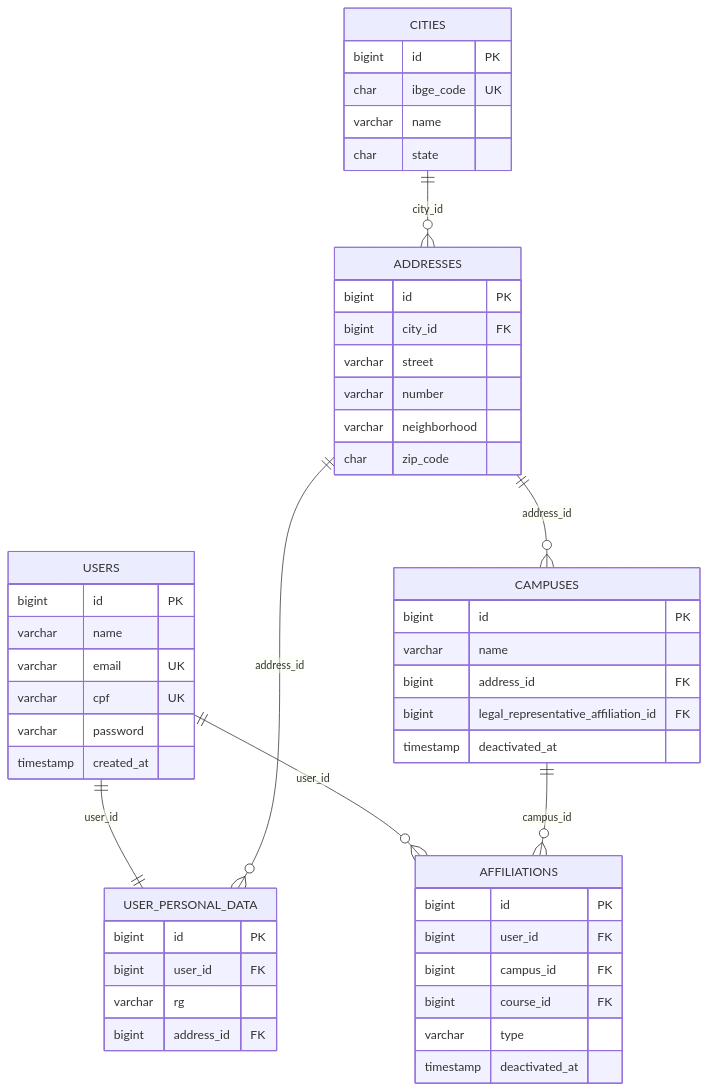
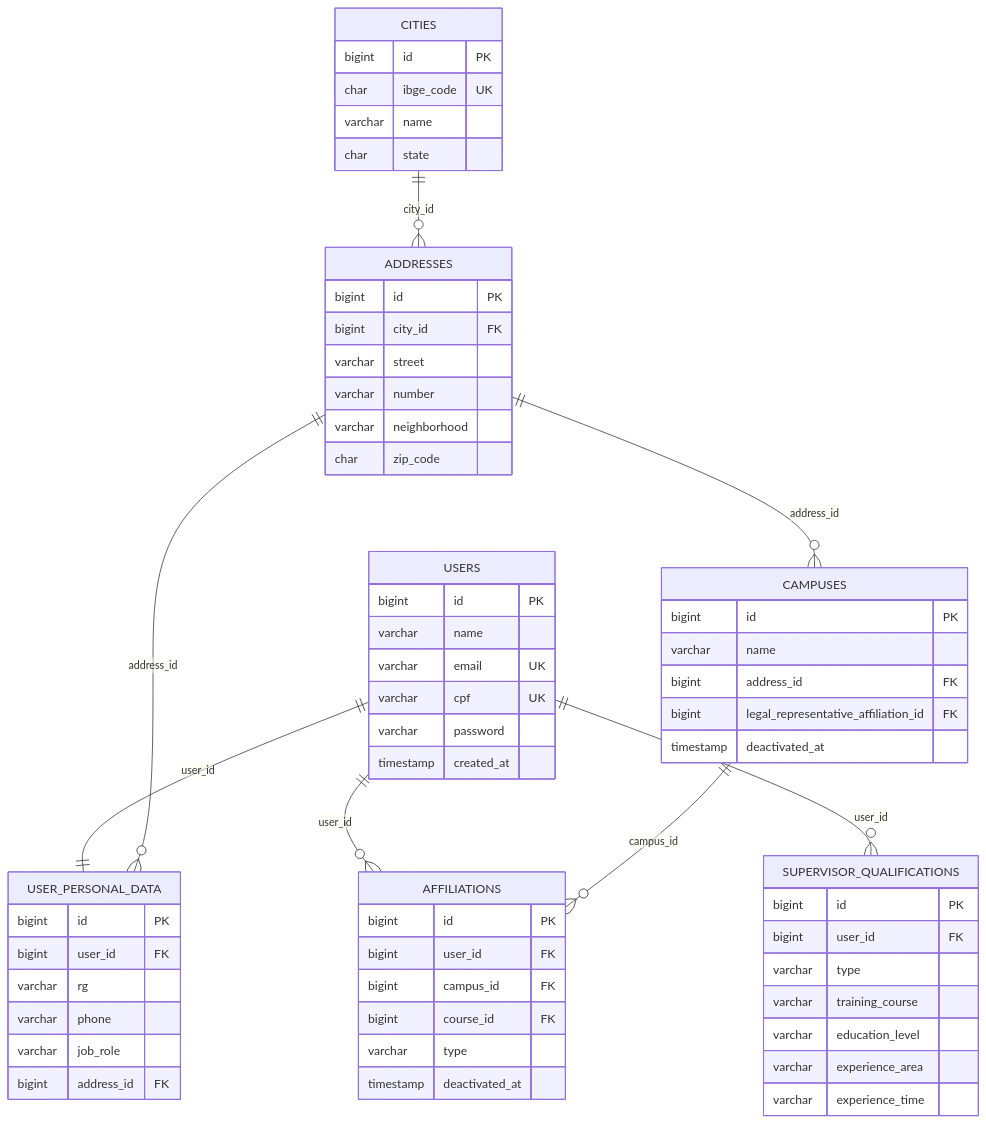
Before and after one commit to sge-suite/docs: the diagram in docs/diagrams/sources/modelo-nucleo-identidade.mmd, drawn with Mermaid. The commit also changed 44 other files, not shown here.

```diff
--- a/docs/diagrams/sources/modelo-nucleo-identidade.mmd
+++ b/docs/diagrams/sources/modelo-nucleo-identidade.mmd
@@ -1,51 +1,63 @@
 erDiagram
     USERS ||--|| USER_PERSONAL_DATA : user_id
+    USERS ||--o{ SUPERVISOR_QUALIFICATIONS : user_id
     USERS ||--o{ AFFILIATIONS : user_id
     CITIES ||--o{ ADDRESSES : city_id
     ADDRESSES ||--o{ USER_PERSONAL_DATA : address_id
     ADDRESSES ||--o{ CAMPUSES : address_id
     CAMPUSES ||--o{ AFFILIATIONS : campus_id
 
     USERS {
         bigint id PK
         varchar name
         varchar email UK
         varchar cpf UK
         varchar password
         timestamp created_at
     }
     USER_PERSONAL_DATA {
         bigint id PK
         bigint user_id FK
         varchar rg
+        varchar phone
+        varchar job_role
         bigint address_id FK
+    }
+    SUPERVISOR_QUALIFICATIONS {
+        bigint id PK
+        bigint user_id FK
+        varchar type
+        varchar training_course
+        varchar education_level
+        varchar experience_area
+        varchar experience_time
     }
     ADDRESSES {
         bigint id PK
         bigint city_id FK
         varchar street
         varchar number
         varchar neighborhood
         char zip_code
     }
     CITIES {
         bigint id PK
         char ibge_code UK
         varchar name
         char state
     }
     CAMPUSES {
         bigint id PK
         varchar name
         bigint address_id FK
         bigint legal_representative_affiliation_id FK
         timestamp deactivated_at
     }
     AFFILIATIONS {
         bigint id PK
         bigint user_id FK
         bigint campus_id FK
         bigint course_id FK
         varchar type
         timestamp deactivated_at
     }
```
